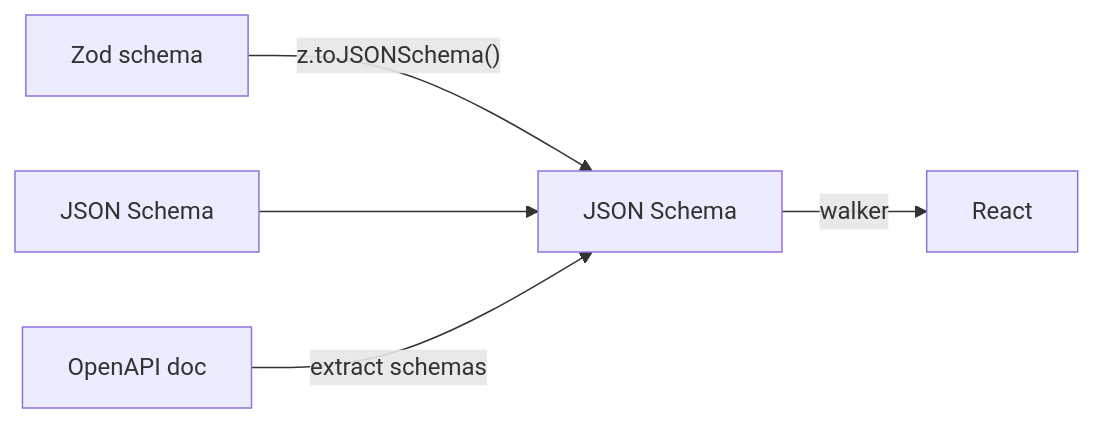
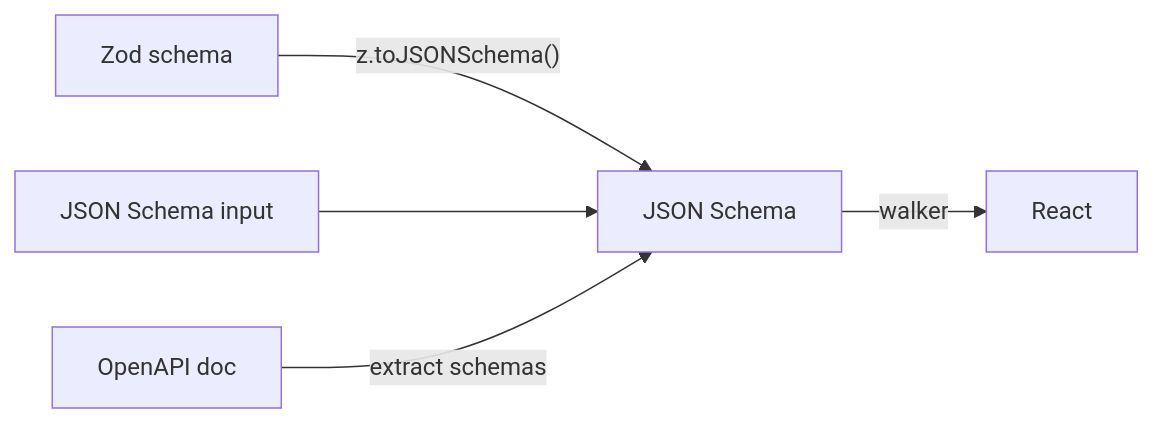
Before and after one commit to Mearman/schema-components: the diagram in README.md, drawn with Mermaid. The commit also changed other lines of this file and 1 other file, not shown here.

Commit message:
docs: scope Zod 3 detection claim and de-duplicate JSON Schema node
Two README accuracy fixes:

- The Zod 3 detection contract is narrower than "the library detects
  Zod 3 inputs". On this branch it relies on `_def.typeName`, which
  catches canonical Zod 3 schemas but not Standard Schema implementations
  from other libraries. Replace the over-promised wording with what the
  code actually guarantees and name the structured error
  (`SchemaNormalisationError`).
- The "How it works" mermaid diagram declared two nodes (`JS` and
  `JSON`) with the same `"JSON Schema"` label, which renders as a
  visual duplicate. Relabel the JSON Schema input node to make its role
  explicit so each node has a distinct label.

````diff
--- a/README.md
+++ b/README.md
@@ -64,7 +64,7 @@
 ```mermaid
 flowchart LR
   Zod["Zod schema"] -- "z.toJSONSchema()" --> JS["JSON Schema"]
-  JSON["JSON Schema"] --> JS
+  JSONIn["JSON Schema input"] --> JS
   OAS["OpenAPI doc"] -- "extract schemas" --> JS
   JS -- "walker" --> React["React"]
 ```
````
